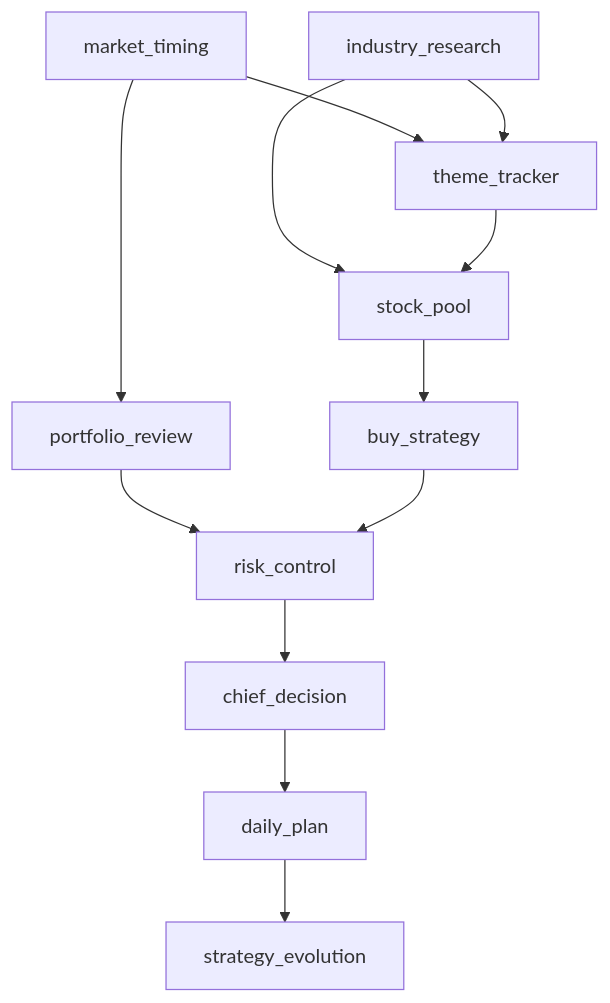
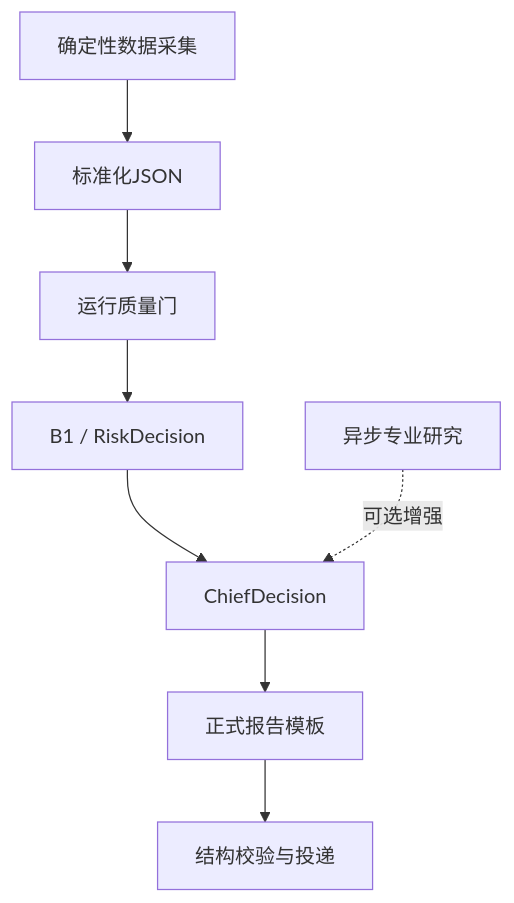
One commit to littleguohao/Custos changed the diagram in README.md. Above: the diagram before and after it, drawn with Mermaid. The commit also changed other lines of this file and 10 other files, not shown here.

````diff
--- a/README.md
+++ b/README.md
@@ -21,14 +21,10 @@
 ```mermaid
 flowchart TD
-    A[market_timing] --> B[theme_tracker]
-    A --> C[portfolio_review]
-    D[industry_research] --> B
-    D --> E[stock_pool]
-    B --> E
-    E --> F[buy_strategy]
-    C --> G[risk_control]
-    F --> G
-    G --> H[chief_decision]
-    H --> I[daily_plan]
-    I --> J[strategy_evolution]
+    A[确定性数据采集] --> B[标准化JSON]
+    B --> C[运行质量门]
+    C --> D[B1 / RiskDecision]
+    D --> E[ChiefDecision]
+    E --> F[正式报告模板]
+    F --> G[结构校验与投递]
+    H[异步专业研究] -. 可选增强 .-> E
 ```
````
